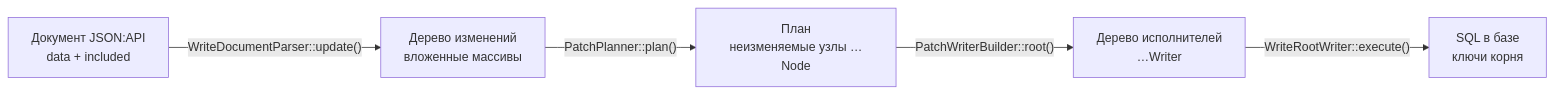
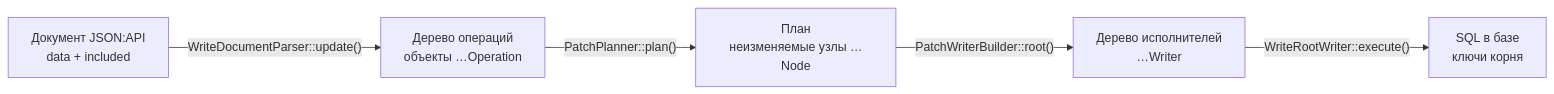
One commit to eduard-gr/jsonapi-engine changed the first of 3 diagrams in example/patch-document.md. Above: the diagram before and after it, drawn with Mermaid. The commit also changed other lines of this file and 2 other files, not shown here.

First line of the commit message:
prototype: typed operation tree instead of arrays with service keys

````diff
--- a/example/patch-document.md
+++ b/example/patch-document.md
@@ -31,7 +31,7 @@
 ```mermaid
 flowchart LR
-    A["Документ JSON:API<br/>data + included"] -->|"WriteDocumentParser::update()"| B["Дерево изменений<br/>вложенные массивы"]
+    A["Документ JSON:API<br/>data + included"] -->|"WriteDocumentParser::update()"| B["Дерево операций<br/>объекты …Operation"]
     B -->|"PatchPlanner::plan()"| C["План<br/>неизменяемые узлы …Node"]
     C -->|"PatchWriterBuilder::root()"| D["Дерево исполнителей<br/>…Writer"]
     D -->|"WriteRootWriter::execute()"| E["SQL в базе<br/>ключи корня"]
 ```
````
